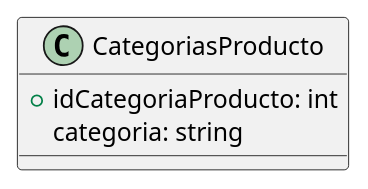
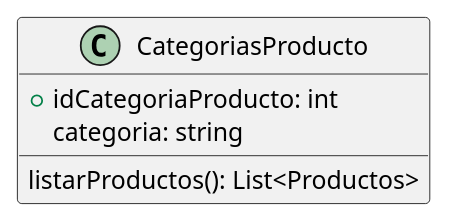
The diagram in DiagramaClases/Clases/CategoriasProducto.puml (ZMGestion/DocumentacionZMGestion), drawn with PlantUML before and after one commit. The commit also changed 48 other files, not shown here.

Commit message:
Nuevo metodos diagrama de clases

```diff
--- a/DiagramaClases/Clases/CategoriasProducto.puml
+++ b/DiagramaClases/Clases/CategoriasProducto.puml
@@ -1,6 +1,8 @@
 @startuml CategoriasProducto
 class CategoriasProducto{
     +idCategoriaProducto: int
     categoria: string
+
+    listarProductos(): List<Productos>
 }
 @enduml
```
